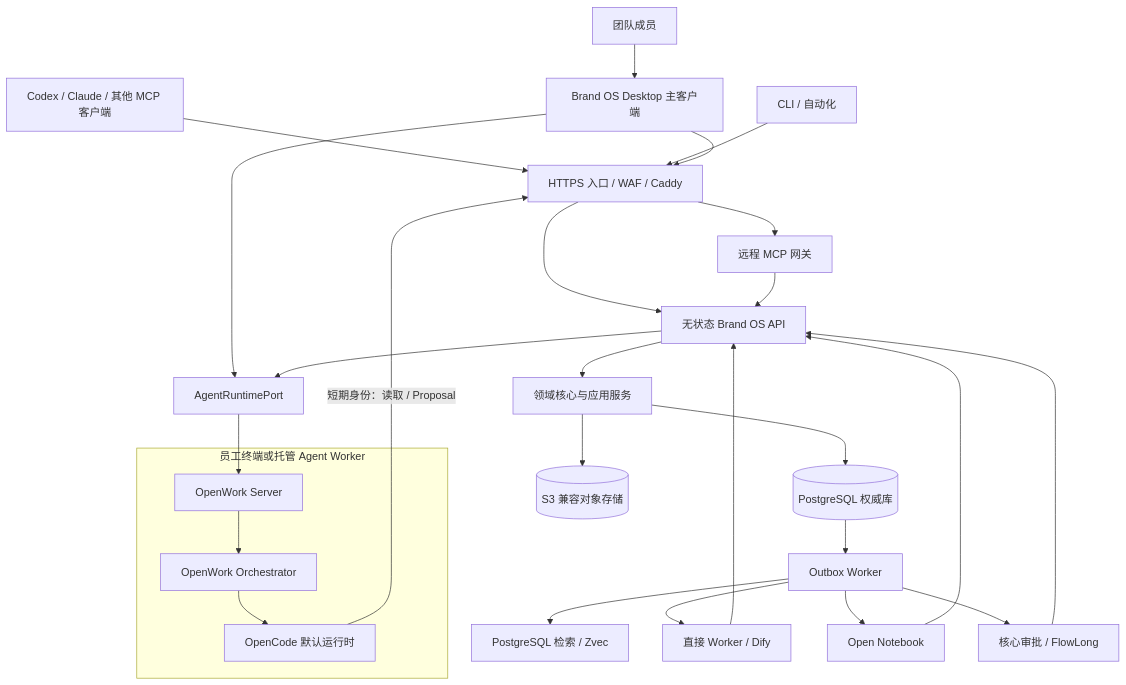
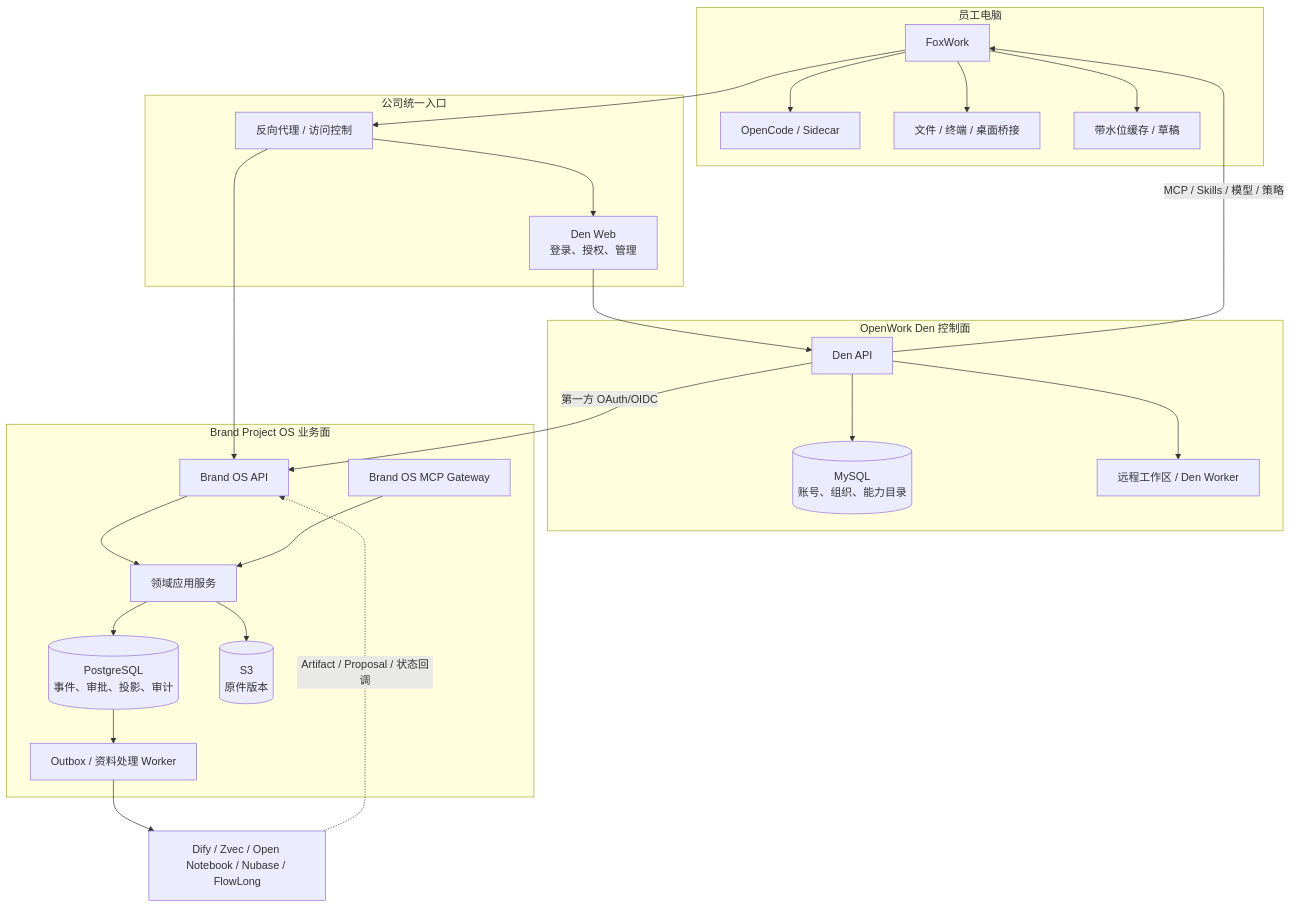
The diagram in docs/plan/team-server-architecture.md (xingranya/fox), drawn with Mermaid before and after one commit. The commit also changed other lines of this file and 43 other files, not shown here.

First line of the commit message:
docs(spec): 统一 Den 与 Brand OS 活动规划

````diff
--- a/docs/plan/team-server-architecture.md
+++ b/docs/plan/team-server-architecture.md
@@ -24,31 +16,49 @@
 ```mermaid
 flowchart TB
-    HUMAN["团队成员"] --> DESKTOP["Brand OS Desktop 主客户端"]
-    OTHERAI["Codex / Claude / 其他 MCP 客户端"] --> EDGE["HTTPS 入口 / WAF / Caddy"]
-    CLI["CLI / 自动化"] --> EDGE
-    DESKTOP --> EDGE
+    subgraph DEVICE["员工电脑"]
+        FOXWORK["FoxWork"]
+        LOCAL["OpenCode / Sidecar"]
+        BRIDGE["文件 / 终端 / 桌面桥接"]
+        CACHE["带水位缓存 / 草稿"]
+        FOXWORK --> LOCAL
+        FOXWORK --> BRIDGE
+        FOXWORK --> CACHE
+    end
 
-    EDGE --> API["无状态 Brand OS API"]
-    EDGE --> MCP["远程 MCP 网关"]
-    MCP --> API
-    API --> CORE["领域核心与应用服务"]
-    CORE --> PG[("PostgreSQL 权威库")]
-    CORE --> S3[("S3 兼容对象存储")]
-    PG --> OUTBOX["Outbox Worker"]
+    subgraph ENTRY["公司统一入口"]
+        GATEWAY["反向代理 / 访问控制"]
+        DENWEB["Den Web\n登录、授权、管理"]
+        GATEWAY --> DENWEB
+    end
 
-    DESKTOP --> ARP["AgentRuntimePort"]
-    API --> ARP
-    subgraph WORKER["员工终端或托管 Agent Worker"]
-        OWS["OpenWork Server"] --> ORCH["OpenWork Orchestrator"] --> OC["OpenCode 默认运行时"]
+    subgraph CONTROL["OpenWork Den 控制面"]
+        DENAPI["Den API"]
+        DENDB[("MySQL\n账号、组织、能力目录")]
+        REMOTE["远程工作区 / Den Worker"]
+        DENAPI --> DENDB
+        DENAPI --> REMOTE
     end
-    ARP --> OWS
-    OC -->|"短期身份：读取 / Proposal"| EDGE
 
-    OUTBOX --> SEARCH["PostgreSQL 检索 / Zvec"]
-    OUTBOX --> AIWF["直接 Worker / Dify"]
-    OUTBOX --> NOTEBOOK["Open Notebook"]
-    OUTBOX --> FLOW["核心审批 / FlowLong"]
-    AIWF --> API
-    NOTEBOOK --> API
-    FLOW --> API
+    subgraph BUSINESS["Brand Project OS 业务面"]
+        API["Brand OS API"]
+        MCP["Brand OS MCP Gateway"]
+        APP["领域应用服务"]
+        PG[("PostgreSQL\n事件、审批、投影、审计")]
+        S3[("S3\n原件版本")]
+        WORKER["Outbox / 资料处理 Worker"]
+        API --> APP
+        MCP --> APP
+        APP --> PG
+        APP --> S3
+        PG --> WORKER
+    end
+
+    FOXWORK --> GATEWAY
+    DENWEB --> DENAPI
+    GATEWAY --> API
+    DENAPI -->|"第一方 OAuth/OIDC"| API
+    DENAPI -->|"MCP / Skills / 模型 / 策略"| FOXWORK
+
+    WORKER --> OPTIONAL["Dify / Zvec / Open Notebook / Nubase / FlowLong"]
+    OPTIONAL -. "Artifact / Proposal / 状态回调" .-> API
 ```
````
